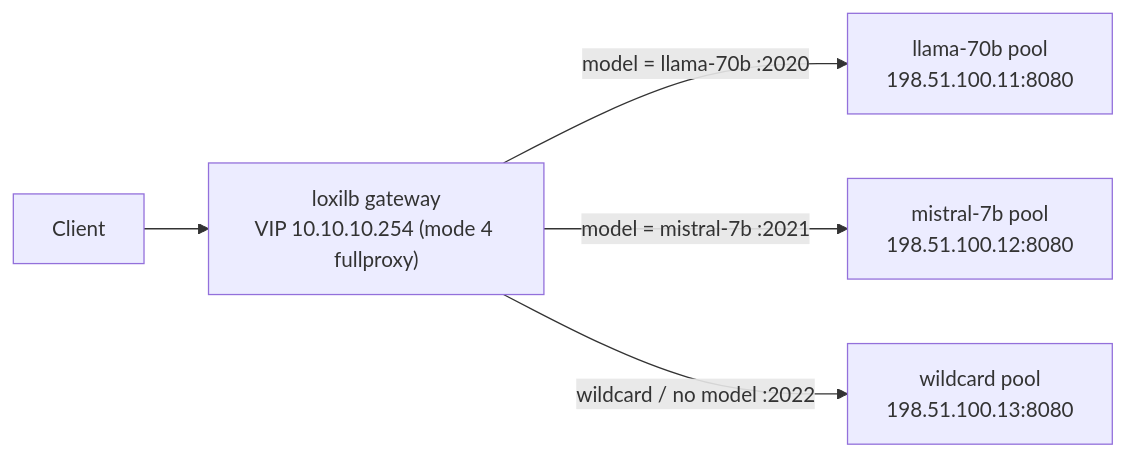
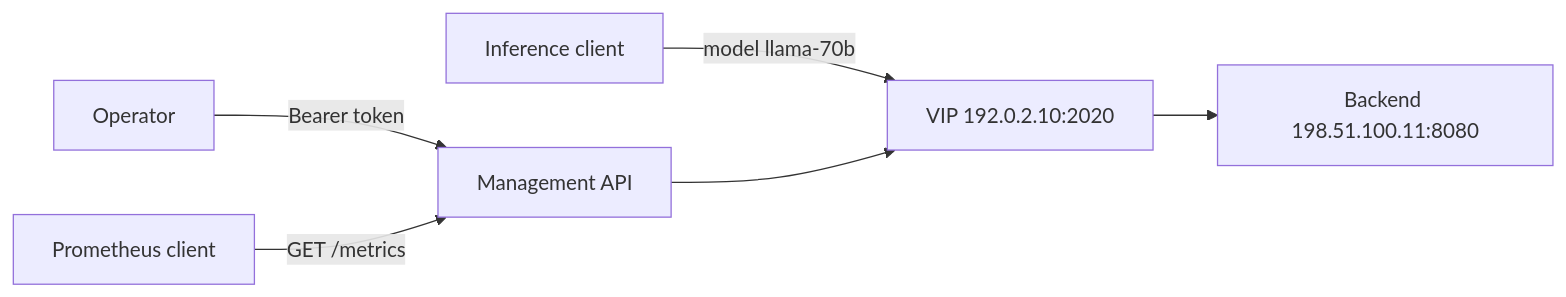
One commit to loxilb-io/loxilbdocs-inference-gateway changed the diagram in docs/getting-started/quickstart.md. Above: the diagram before and after it, drawn with Mermaid. The commit also changed other lines of this file and 49 other files, not shown here.

````diff
--- a/docs/getting-started/quickstart.md
+++ b/docs/getting-started/quickstart.md
@@ -49,7 +28,8 @@
 ```mermaid
 flowchart LR
-    C[Client] --> V["loxilb gateway<br/>VIP 10.10.10.254 (mode 4 fullproxy)"]
-    V -->|"model = llama-70b :2020"| A["llama-70b pool<br/>198.51.100.11:8080"]
-    V -->|"model = mistral-7b :2021"| B["mistral-7b pool<br/>198.51.100.12:8080"]
-    V -->|"wildcard / no model :2022"| W["wildcard pool<br/>198.51.100.13:8080"]
+    O[Operator] -->|Bearer token| C[Management API]
+    U[Inference client] -->|model llama-70b| V[VIP 192.0.2.10:2020]
+    C --> V
+    V --> B[Backend 198.51.100.11:8080]
+    P[Prometheus client] -->|GET /metrics| C
 ```
````
